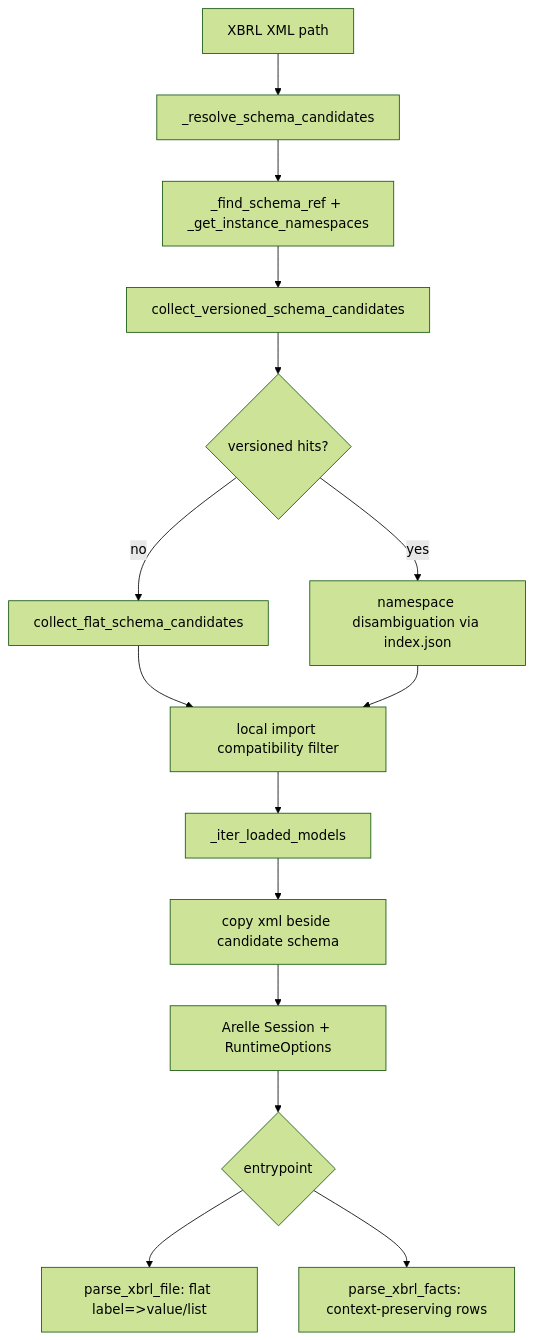
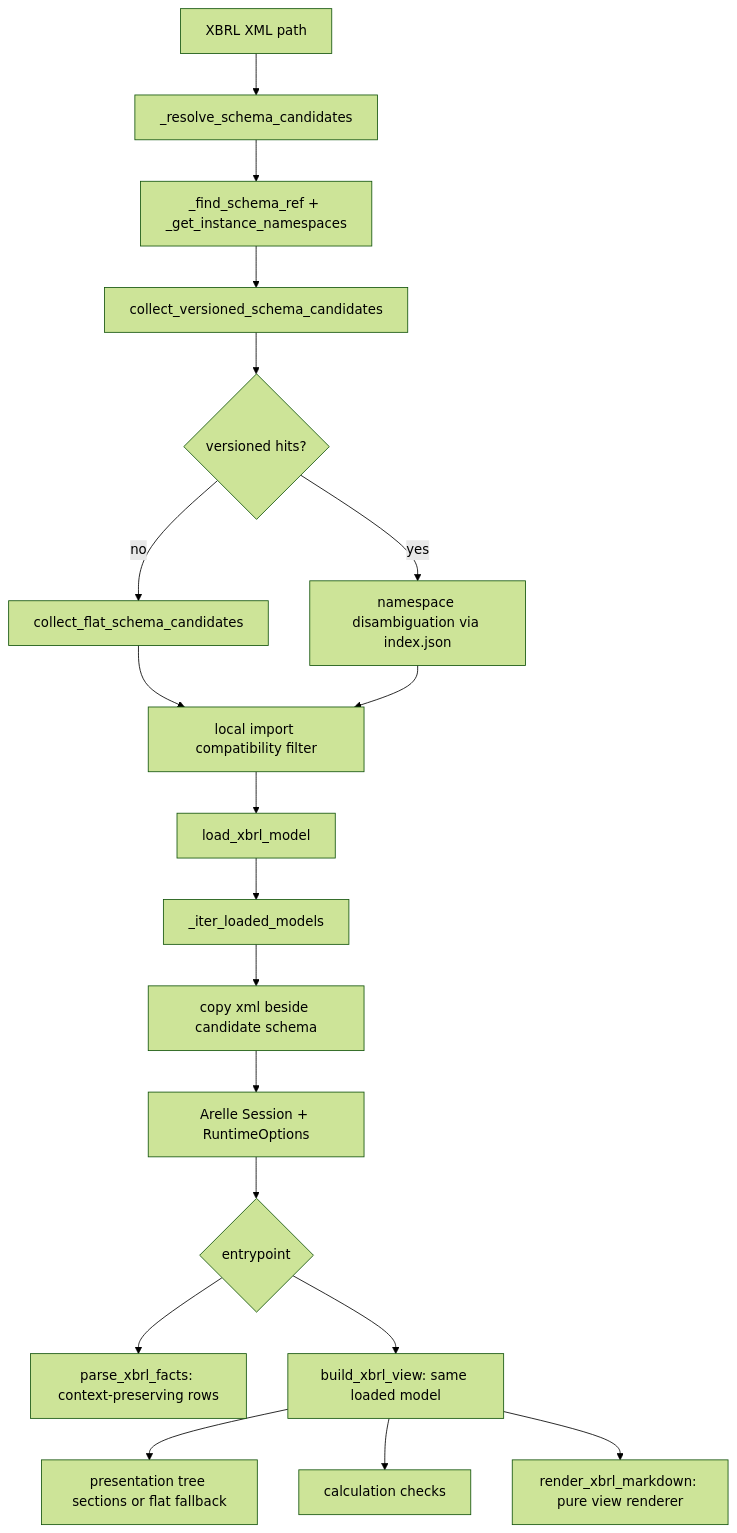
One commit to eggmasonvalue/nse-xbrl-parser changed the diagram in context/MAP.md. Above: the diagram before and after it, drawn with Mermaid (forest theme). The commit also changed other lines of this file and 6 other files, not shown here.

Commit message:
feat: add taxonomy-backed XBRL human view

````diff
--- a/context/MAP.md
+++ b/context/MAP.md
@@ -21,17 +25,21 @@
 ```mermaid
 graph TD
     A[XBRL XML path] --> B[_resolve_schema_candidates]
     B --> C[_find_schema_ref + _get_instance_namespaces]
     C --> D[collect_versioned_schema_candidates]
     D --> E{versioned hits?}
     E -- no --> F[collect_flat_schema_candidates]
     E -- yes --> G[namespace disambiguation via index.json]
     F --> H[local import compatibility filter]
     G --> H
-    H --> I[_iter_loaded_models]
-    I --> J[copy xml beside candidate schema]
-    J --> K[Arelle Session + RuntimeOptions]
-    K --> L{entrypoint}
-    L --> M[parse_xbrl_file: flat label=>value/list]
-    L --> N[parse_xbrl_facts: context-preserving rows]
+    H --> I[load_xbrl_model]
+    I --> J[_iter_loaded_models]
+    J --> K[copy xml beside candidate schema]
+    K --> L[Arelle Session + RuntimeOptions]
+    L --> M{entrypoint}
+    M --> N[parse_xbrl_facts: context-preserving rows]
+    M --> O[build_xbrl_view: same loaded model]
+    O --> P[presentation tree sections or flat fallback]
+    O --> Q[calculation checks]
+    O --> R[render_xbrl_markdown: pure view renderer]
 ```
````
